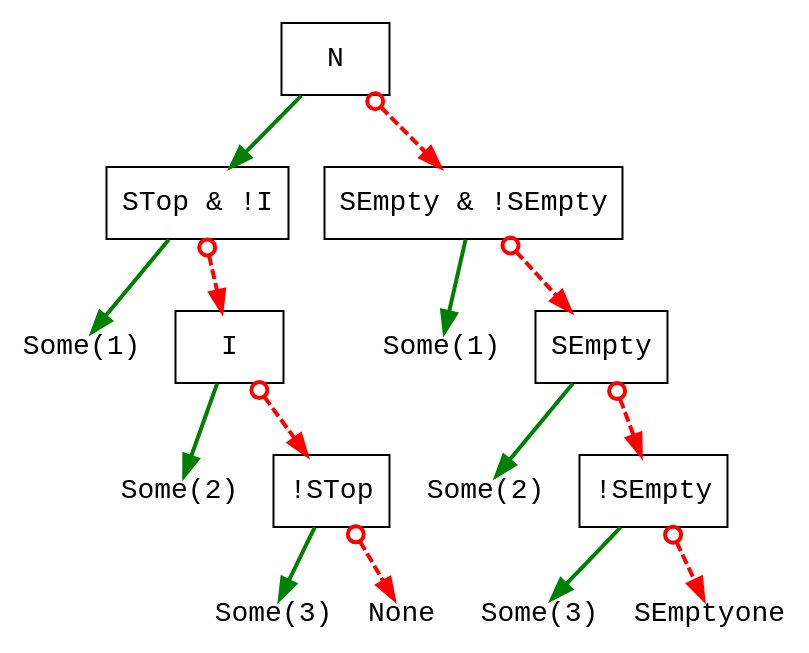
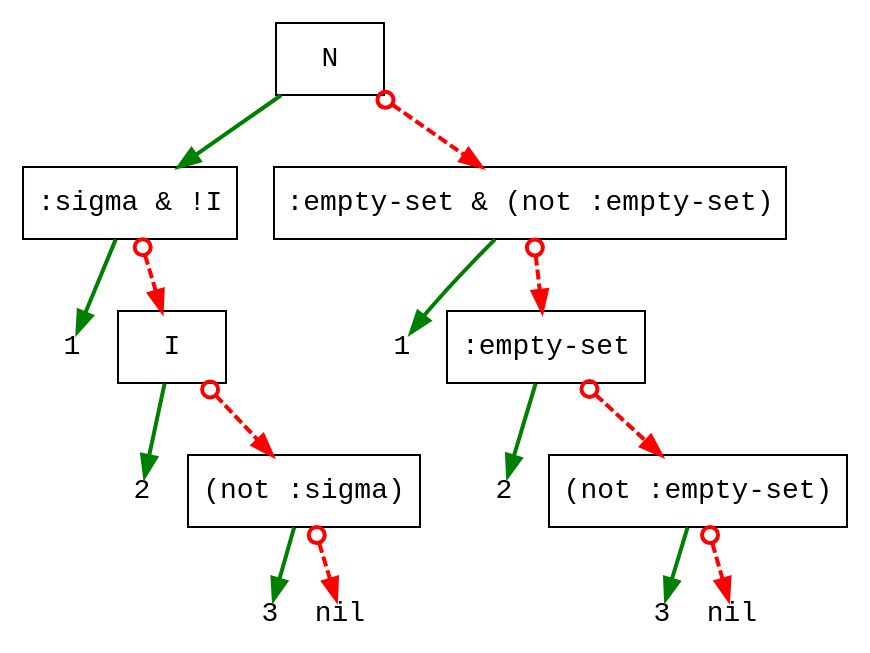
The diagram in doc/reClojure.2025/reclojure.2025.slides.dot/ldd-2.dot (jimka2001/clojure-rte), drawn with Graphviz before and after one commit. The commit also changed 13 other files, not shown here.

```diff
--- a/doc/reClojure.2025/reclojure.2025.slides.dot/ldd-2.dot
+++ b/doc/reClojure.2025/reclojure.2025.slides.dot/ldd-2.dot
@@ -1,53 +1,53 @@
 digraph G {
 node [ fontsize=14];
 bgcolor="#ffffff00" # RGBA (with alpha)
 
 8 [shape=box,label="N",fontname="Courier"]
 
 8 -> n1p [style=solid,color=green,penwidth=2]
 8 -> n1n [style=dashed,color=red,penwidth=2,arrowhead=normal,arrowtail=odot,dir=both]
 
 {rank=same n1p n1n }
 
-n1p [shape=box,label="STop & !I",fontname="Courier"]
-n2p [shape=plain,label="Some(1)",fontname="Courier"]
+n1p [shape=box,label=":sigma & !I",fontname="Courier"]
+n2p [shape=plain,label="1",fontname="Courier"]
 n3p [shape=box,label="I",fontname="Courier"]
-n4p [shape=plain,label="Some(2)",fontname="Courier"]
-n5p [shape=box,label="!STop",fontname="Courier"]
-n6p [shape=plain,label="Some(3)",fontname="Courier"]
-n7p [shape=plain,label="None",fontname="Courier"]
+n4p [shape=plain,label="2",fontname="Courier"]
+n5p [shape=box,label="(not :sigma)",fontname="Courier"]
+n6p [shape=plain,label="3",fontname="Courier"]
+n7p [shape=plain,label="nil",fontname="Courier"]
 {rank=same n2p n3p }
 {rank=same n4p n5p }
 {rank=same n6p n7p }
 
 n1p -> n2p [style=solid,color=green,penwidth=2]
 n1p -> n3p [style=dashed,color=red,penwidth=2,arrowhead=normal,arrowtail=odot,dir=both]
 
 n3p -> n4p [style=solid,color=green,penwidth=2]
 n3p -> n5p [style=dashed,color=red,penwidth=2,arrowhead=normal,arrowtail=odot,dir=both]
 
 n5p -> n6p [style=solid,color=green,penwidth=2]
 n5p -> n7p [style=dashed,color=red,penwidth=2,arrowhead=normal,arrowtail=odot,dir=both]
 
 
-n1n [shape=box,label="SEmpty & !SEmpty",fontname="Courier"]
-n2n [shape=plain,label="Some(1)",fontname="Courier"]
-n3n [shape=box,label="SEmpty",fontname="Courier"]
-n4n [shape=plain,label="Some(2)",fontname="Courier"]
-n5n [shape=box,label="!SEmpty",fontname="Courier"]
-n6n [shape=plain,label="Some(3)",fontname="Courier"]
-n7n [shape=plain,label="SEmptyone",fontname="Courier"]
+n1n [shape=box,label=":empty-set & (not :empty-set)",fontname="Courier"]
+n2n [shape=plain,label="1",fontname="Courier"]
+n3n [shape=box,label=":empty-set",fontname="Courier"]
+n4n [shape=plain,label="2",fontname="Courier"]
+n5n [shape=box,label="(not :empty-set)",fontname="Courier"]
+n6n [shape=plain,label="3",fontname="Courier"]
+n7n [shape=plain,label="nil",fontname="Courier"]
 {rank=same n2n n3n }
 {rank=same n4n n5n }
 {rank=same n6n n7n }
 
 n1n -> n2n [style=solid,color=green,penwidth=2]
 n1n -> n3n [style=dashed,color=red,penwidth=2,arrowhead=normal,arrowtail=odot,dir=both]
 
 n3n -> n4n [style=solid,color=green,penwidth=2]
 n3n -> n5n [style=dashed,color=red,penwidth=2,arrowhead=normal,arrowtail=odot,dir=both]
 
 n5n -> n6n [style=solid,color=green,penwidth=2]
 n5n -> n7n [style=dashed,color=red,penwidth=2,arrowhead=normal,arrowtail=odot,dir=both]
 
 }
```
